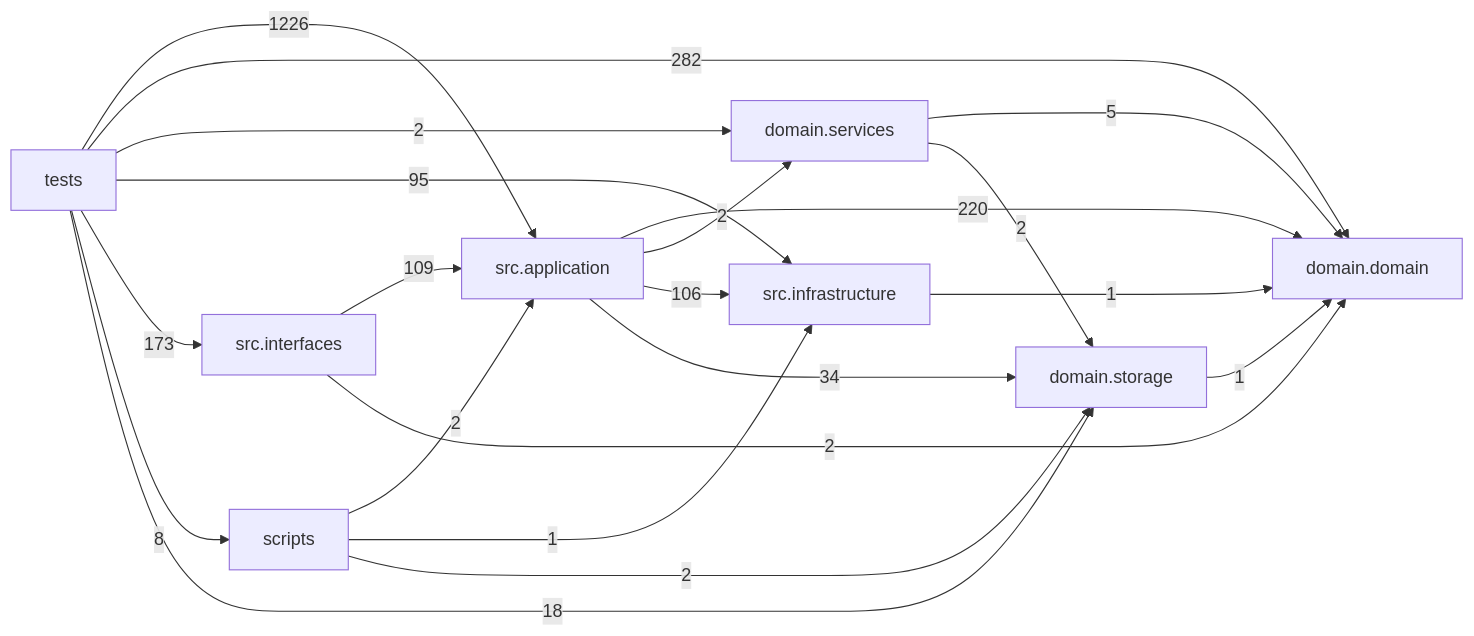
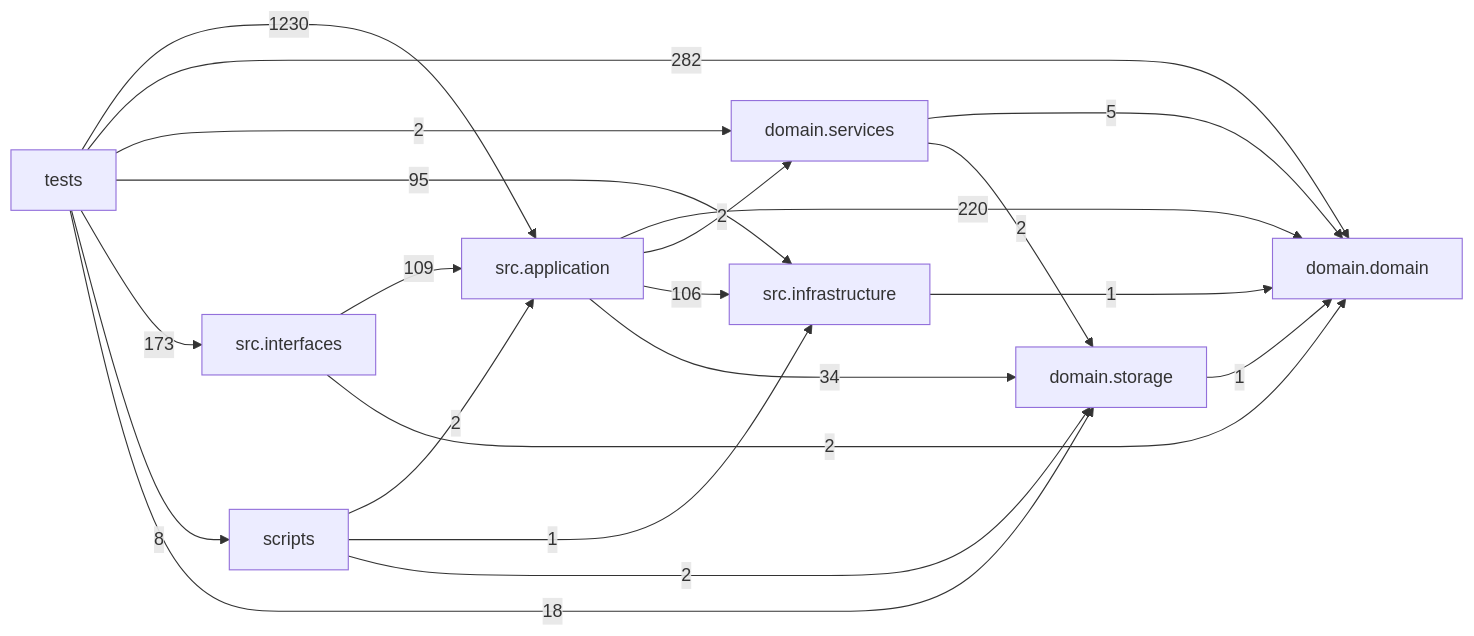
The diagram in docs/DEPENDENCY_GRAPH.md (liuxie066/options-monitor), drawn with Mermaid before and after one commit. The commit also changed other lines of this file and 13 other files, not shown here.

````diff
--- a/docs/DEPENDENCY_GRAPH.md
+++ b/docs/DEPENDENCY_GRAPH.md
@@ -24,31 +24,31 @@
 ```mermaid
 flowchart LR
   tests["tests"]
   scripts["scripts"]
   interfaces["src.interfaces"]
   application["src.application"]
   infrastructure["src.infrastructure"]
   domain_services["domain.services"]
   domain["domain.domain"]
   storage["domain.storage"]
   application -->|220| domain
   application -->|2| domain_services
   application -->|106| infrastructure
   application -->|34| storage
   domain_services -->|5| domain
   domain_services -->|2| storage
   infrastructure -->|1| domain
   interfaces -->|109| application
   interfaces -->|2| domain
   scripts -->|2| application
   scripts -->|1| infrastructure
   scripts -->|2| storage
   storage -->|1| domain
-  tests -->|1226| application
+  tests -->|1230| application
   tests -->|282| domain
   tests -->|2| domain_services
   tests -->|95| infrastructure
   tests -->|173| interfaces
   tests -->|8| scripts
   tests -->|18| storage
 ```
````
